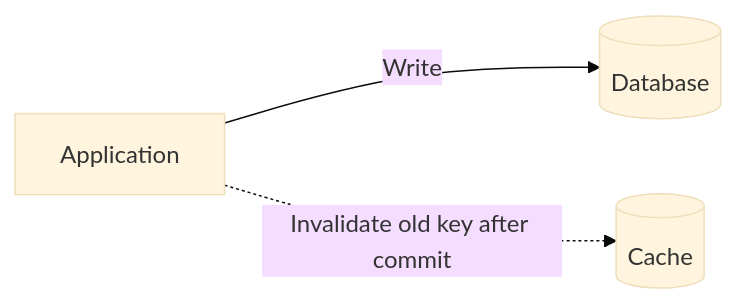
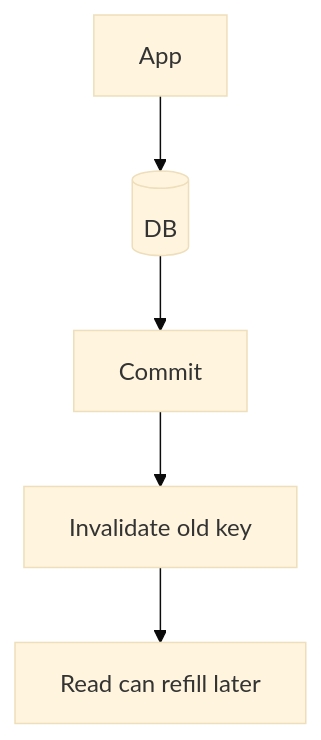
Before and after one commit to Johnybritto/system_design: the sixth of 14 diagrams in system_design_notes/04_caching_strategies_redis_ha_failure_recovery_interview_notes.md, drawn with Mermaid (base theme). The commit also changed other lines of this file, not shown here.

Commit message:
docs: align caching guide with chat Q&A and simplify Mermaid diagrams

````diff
--- a/system_design_notes/04_caching_strategies_redis_ha_failure_recovery_interview_notes.md
+++ b/system_design_notes/04_caching_strategies_redis_ha_failure_recovery_interview_notes.md
@@ -117,5 +157,7 @@
 ```mermaid
-flowchart LR
-  A["Application"] -->|"Write"| B[("Database")]
-  A -.->|"Invalidate old key after commit"| C[("Cache")]
+flowchart TD
+  A["App"] --> B[("DB")]
+  B --> C["Commit"]
+  C --> D["Invalidate old key"]
+  D --> E["Read can refill later"]
 ```
````
